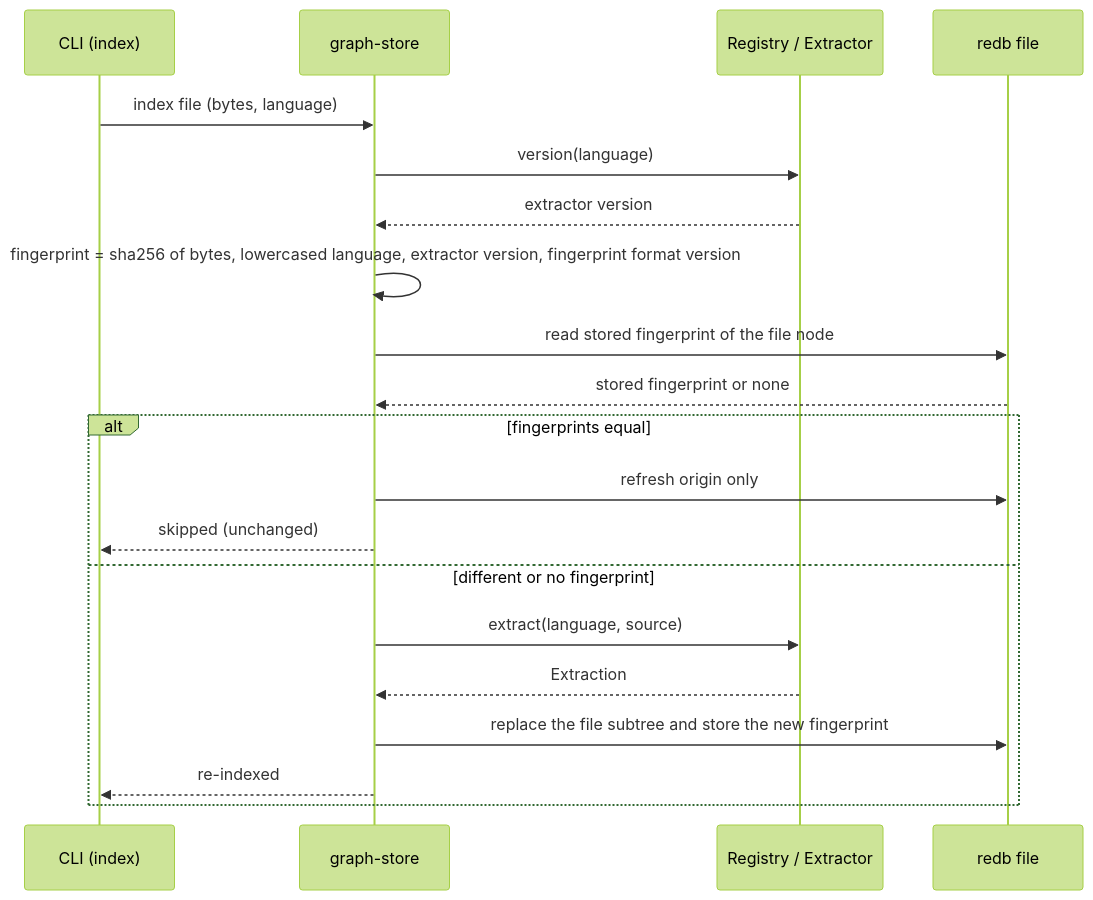
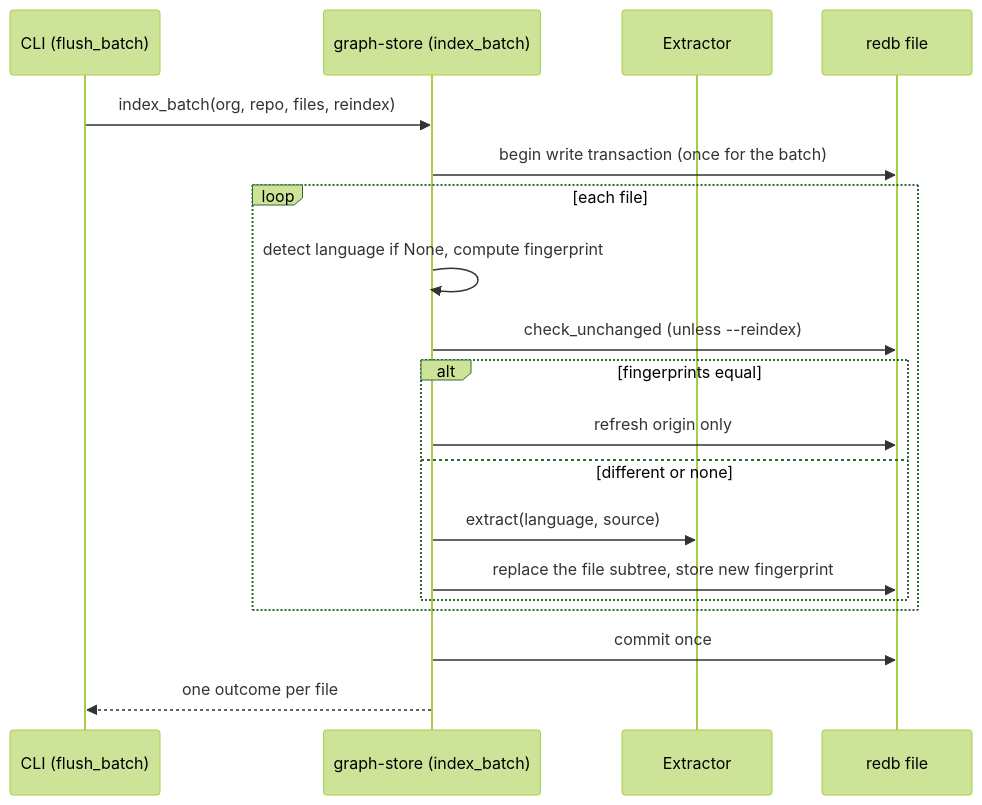
One commit to P47Phoenix/memory-graph changed the seventh of 19 diagrams in docs/architecture-diagrams.md. Above: the diagram before and after it, drawn with Mermaid (forest theme). The commit also changed other lines of this file and 2 other files, not shown here.

First line of the commit message:
Fix architecture diagram review findings (PR #13)

````diff
--- a/docs/architecture-diagrams.md
+++ b/docs/architecture-diagrams.md
@@ -302,22 +217,21 @@
 ```mermaid
 sequenceDiagram
-    participant CLI as CLI (index)
-    participant Store as graph-store
-    participant Reg as Registry / Extractor
+    participant CLI as CLI (flush_batch)
+    participant Store as graph-store (index_batch)
+    participant Reg as Extractor
     participant redb as redb file
-    CLI->>Store: index file (bytes, language)
-    Store->>Reg: version(language)
-    Reg-->>Store: extractor version
-    Store->>Store: fingerprint = sha256 of bytes, lowercased language, extractor version, fingerprint format version
-    Store->>redb: read stored fingerprint of the file node
-    redb-->>Store: stored fingerprint or none
-    alt fingerprints equal
-        Store->>redb: refresh origin only
-        Store-->>CLI: skipped (unchanged)
-    else different or no fingerprint
-        Store->>Reg: extract(language, source)
-        Reg-->>Store: Extraction
-        Store->>redb: replace the file subtree and store the new fingerprint
-        Store-->>CLI: re-indexed
+    CLI->>Store: index_batch(org, repo, files, reindex)
+    Store->>redb: begin write transaction (once for the batch)
+    loop each file
+        Store->>Store: detect language if None, compute fingerprint
+        Store->>redb: check_unchanged (unless --reindex)
+        alt fingerprints equal
+            Store->>redb: refresh origin only
+        else different or none
+            Store->>Reg: extract(language, source)
+            Store->>redb: replace the file subtree, store new fingerprint
+        end
     end
+    Store->>redb: commit once
+    Store-->>CLI: one outcome per file
 ```
````
